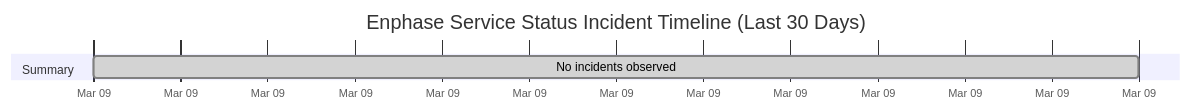
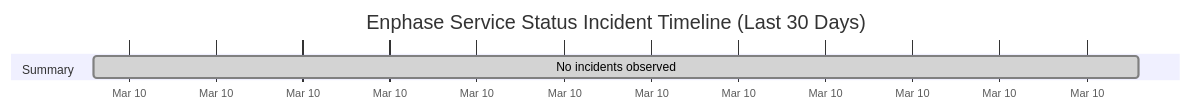
The diagram in wiki/Service-Status-History.md (barneyonline/ha-enphase-ev-charger), drawn with Mermaid before and after one commit. The commit also changed other lines of this file and 3 other files, not shown here.

````diff
--- a/wiki/Service-Status-History.md
+++ b/wiki/Service-Status-History.md
@@ -14,8 +14,8 @@
 ```mermaid
 gantt
     title Enphase Service Status Incident Timeline (Last 30 Days)
     dateFormat  YYYY-MM-DDTHH:mm:ss
     axisFormat  %b %d
     section Summary
-    No incidents observed :done, 2026-03-09T23:19:00, 1m
+    No incidents observed :done, 2026-03-10T01:09:53, 1m
 ```
````
